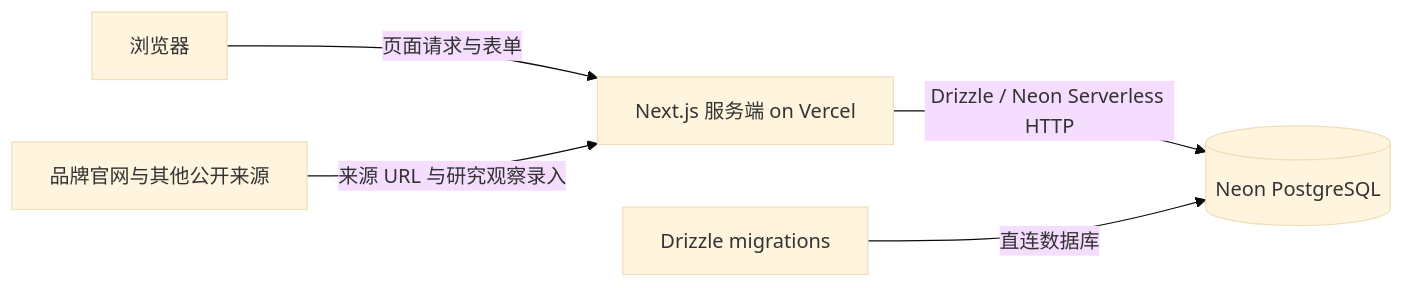
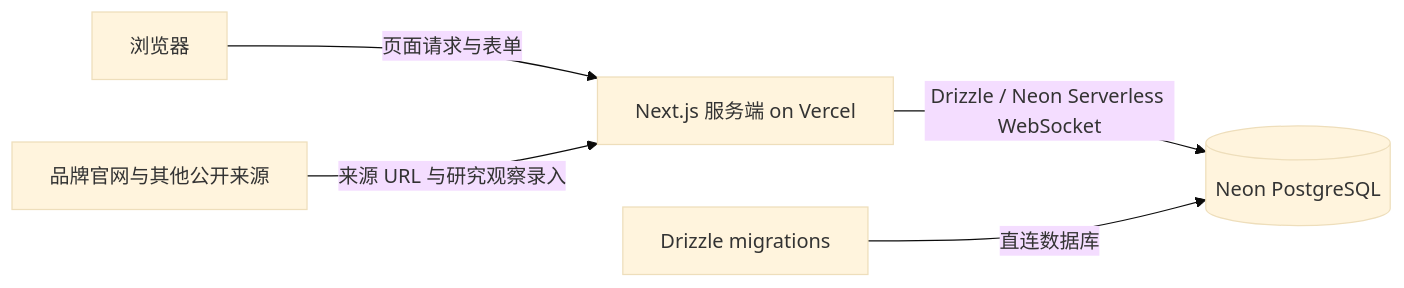
Before and after one commit to minghuiwang2005/market-analysis-of-sports-brands: the diagram in docs/superpowers/specs/2026-10-18-vercel-neon-product-catalog-design.md, drawn with Mermaid (base theme). The commit also changed other lines of this file and 46 other files, not shown here.

````diff
--- a/docs/superpowers/specs/2026-10-18-vercel-neon-product-catalog-design.md
+++ b/docs/superpowers/specs/2026-10-18-vercel-neon-product-catalog-design.md
@@ -51,7 +52,7 @@
 ```mermaid
 flowchart LR
   Browser[浏览器] -->|页面请求与表单| Next[Next.js 服务端 on Vercel]
-  Next -->|Drizzle / Neon Serverless HTTP| Neon[(Neon PostgreSQL)]
+  Next -->|Drizzle / Neon Serverless WebSocket| Neon[(Neon PostgreSQL)]
   Migrate[Drizzle migrations] -->|直连数据库| Neon
   External[品牌官网与其他公开来源] -->|来源 URL 与研究观察录入| Next
 ```
````
